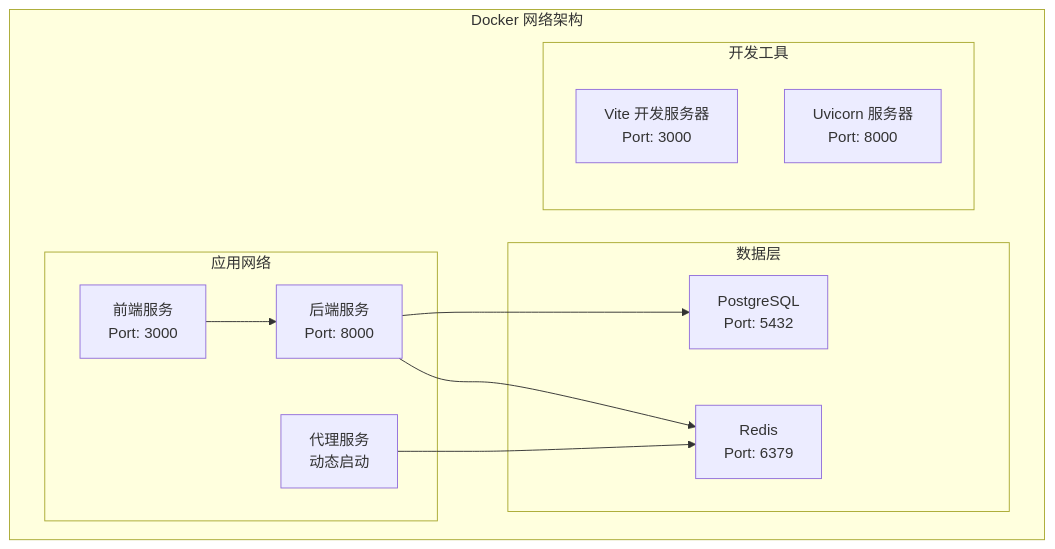
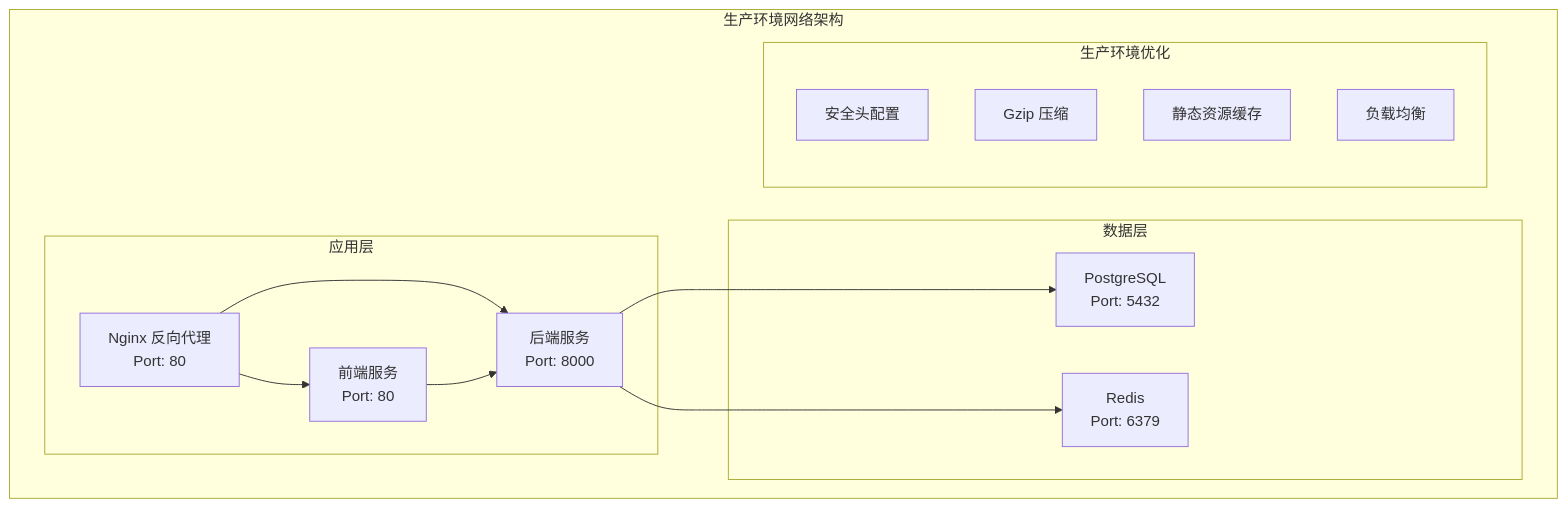
Before and after one commit to xfbyxq/ai-novel-system: the first of 14 diagrams in .qoder/repowiki/zh/content/Docker Deployment.md, drawn with Mermaid. The commit also changed other lines of this file and 8 other files, not shown here.

````diff
--- a/.qoder/repowiki/zh/content/Docker Deployment.md
+++ b/.qoder/repowiki/zh/content/Docker Deployment.md
@@ -60,22 +59,25 @@
 ```mermaid
 graph TB
-subgraph "Docker 网络架构"
-subgraph "应用网络"
-FRONTEND[前端服务<br/>Port: 3000]
+subgraph "生产环境网络架构"
+subgraph "应用层"
+NGINX[Nginx 反向代理<br/>Port: 80]
+FRONTEND[前端服务<br/>Port: 80]
 BACKEND[后端服务<br/>Port: 8000]
-AGENTS[代理服务<br/>动态启动]
 end
 subgraph "数据层"
 POSTGRES[PostgreSQL<br/>Port: 5432]
 REDIS[Redis<br/>Port: 6379]
 end
-subgraph "开发工具"
-VITE[Vite 开发服务器<br/>Port: 3000]
-UVICORN[Uvicorn 服务器<br/>Port: 8000]
+subgraph "生产环境优化"
+SECURITY[安全头配置]
+GZIP[Gzip 压缩]
+CACHE[静态资源缓存]
+BALANCE[负载均衡]
 end
 end
+NGINX --> FRONTEND
+NGINX --> BACKEND
 FRONTEND --> BACKEND
 BACKEND --> POSTGRES
 BACKEND --> REDIS
-AGENTS --> REDIS
 ```
````
